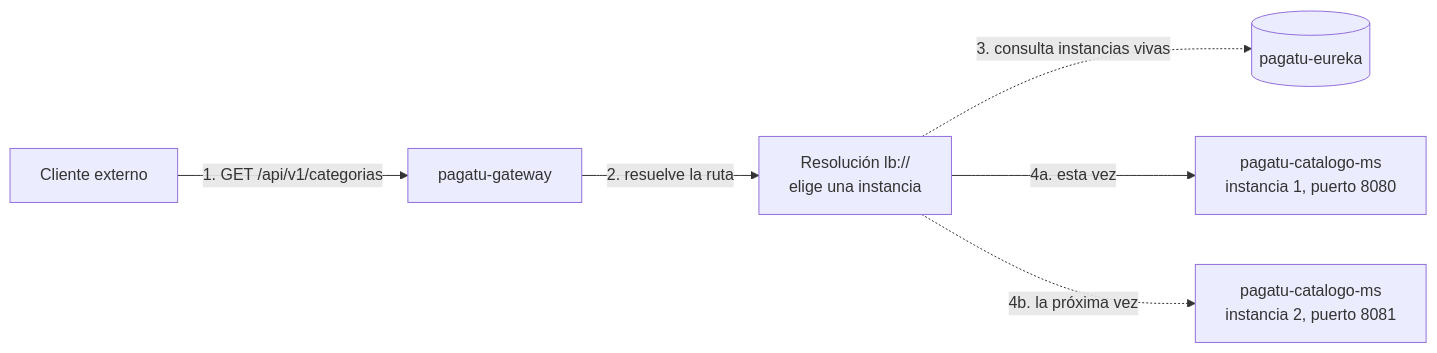
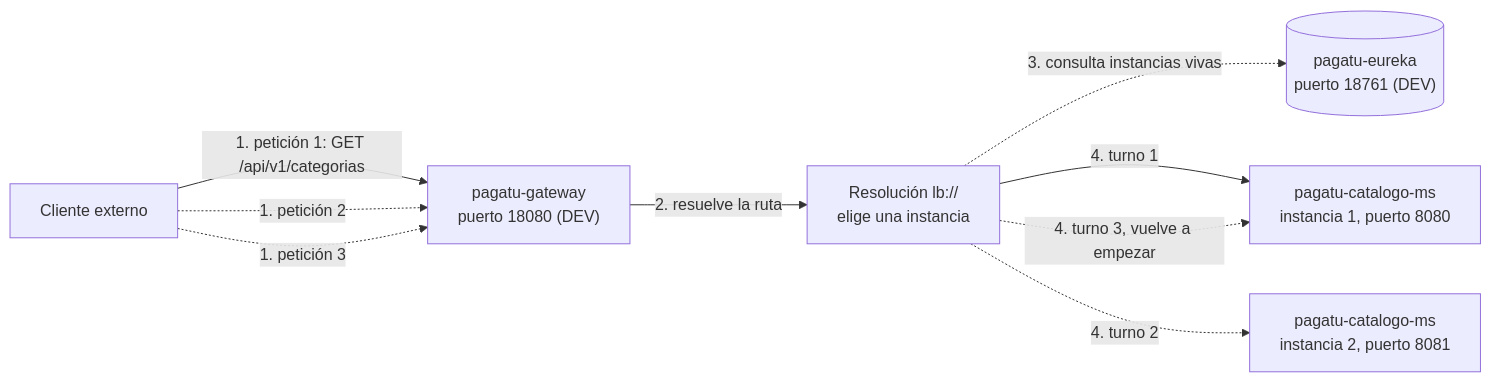
Before and after one commit to 262dist/pagatu: the second of 8 diagrams in docs/sesiones/S04_Punto_Unico_Acceso_Distribucion_Trafico.md, drawn with Mermaid. The commit also changed other lines of this file and 4 other files, not shown here.

````diff
--- a/docs/sesiones/S04_Punto_Unico_Acceso_Distribucion_Trafico.md
+++ b/docs/sesiones/S04_Punto_Unico_Acceso_Distribucion_Trafico.md
@@ -102,15 +102,18 @@
 ```mermaid
 flowchart LR
     Cliente["Cliente externo"]
-    GW["pagatu-gateway"]
+    GW["pagatu-gateway<br/>puerto 18080 (DEV)"]
     LB["Resolución lb://<br/>elige una instancia"]
-    Eureka[("pagatu-eureka")]
+    Eureka[("pagatu-eureka<br/>puerto 18761 (DEV)")]
     I1["pagatu-catalogo-ms<br/>instancia 1, puerto 8080"]
     I2["pagatu-catalogo-ms<br/>instancia 2, puerto 8081"]
 
-    Cliente -->|"1. GET /api/v1/categorias"| GW
+    Cliente -->|"1. petición 1: GET /api/v1/categorias"| GW
+    Cliente -.->|"1. petición 2"| GW
+    Cliente -. "1. petición 3" .-> GW
     GW -->|"2. resuelve la ruta"| LB
     LB -.->|"3. consulta instancias vivas"| Eureka
-    LB -->|"4a. esta vez"| I1
-    LB -.->|"4b. la próxima vez"| I2
+    LB -->|"4. turno 1"| I1
+    LB -.->|"4. turno 2"| I2
+    LB -. "4. turno 3, vuelve a empezar" .-> I1
 ```
````
